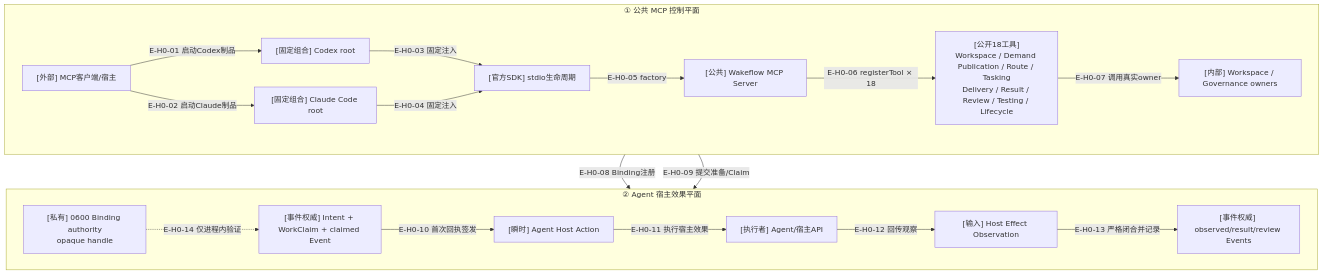
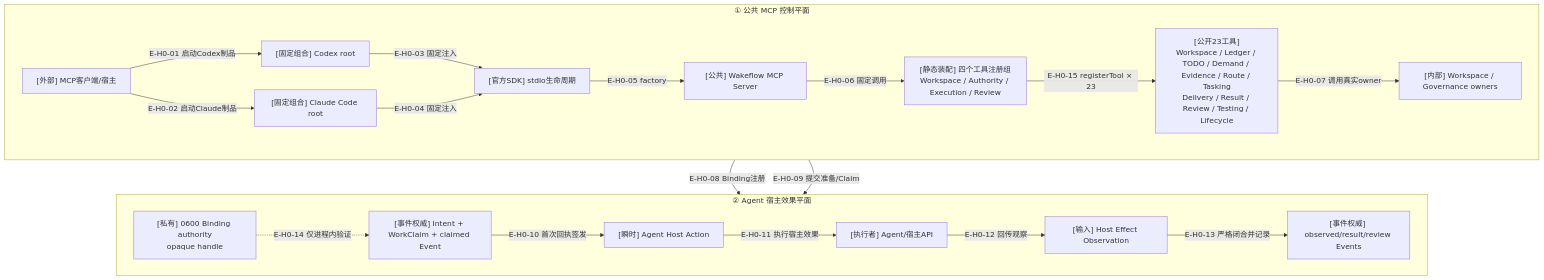
One commit to GxFn/Wakeflow changed the diagram in wakeflow-architecture-atlas/maps/09-public-mcp-host-seams/README.md. Above: the diagram before and after it, drawn with Mermaid. The commit also changed other lines of this file and 26 other files, not shown here.

Commit message:
docs: synchronize Wakeflow architecture atlas

````diff
--- a/wakeflow-architecture-atlas/maps/09-public-mcp-host-seams/README.md
+++ b/wakeflow-architecture-atlas/maps/09-public-mcp-host-seams/README.md
@@ -36,42 +42,44 @@
 ```mermaid
 flowchart TB
   accTitle: Wakeflow公共MCP控制平面与Agent宿主效果平面
-  accDescr: MCP客户端启动固定Codex或Claude组合根，官方stdio服务承载公共Server并注册十八个真实owner工具。Demand Publication只读取和写入Wakeflow本地权威，不执行宿主效果。Binding注册请求接收Agent观察到的opaque handle并只写入0600私有权威。Delivery与Testing Claim工具可在已提交Intent后签发瞬时Action，Agent执行并通过Outcome工具回传观察；Action和事件都不携带raw handle。
+  accDescr: MCP客户端启动固定Codex或Claude组合根，官方stdio服务承载公共Server并注册二十三个真实owner工具。Ledger、TODO、Demand与Managed Evidence只读写Wakeflow本地权威，不执行宿主效果；TODO Inspection不选择next，Intake不执行Auto Claim。Binding注册请求接收Agent观察到的opaque handle并只写入0600私有权威。Delivery与Testing Claim工具可签发瞬时Action，Agent执行并回传Observation。
 
   subgraph PUBLIC_PLANE["① 公共 MCP 控制平面"]
     direction LR
     CLIENT["[外部] MCP客户端/宿主"]
     CODEX["[固定组合] Codex root"]
     CLAUDE["[固定组合] Claude Code root"]
     STDIO["[官方SDK] stdio生命周期"]
     PUBLIC["[公共] Wakeflow MCP Server"]
-    TOOLS["[公开18工具]\nWorkspace / Demand Publication / Route / Tasking\nDelivery / Result / Review / Testing / Lifecycle"]
+    GROUPS["[静态装配] 四个工具注册组\nWorkspace / Authority / Execution / Review"]
+    TOOLS["[公开23工具]\nWorkspace / Ledger / TODO / Demand / Evidence / Route / Tasking\nDelivery / Result / Review / Testing / Lifecycle"]
     DOMAINS["[内部] Workspace / Governance owners"]
   end
 
   subgraph HOST_PLANE["② Agent 宿主效果平面"]
     direction LR
     PRIVATE["[私有] 0600 Binding authority\nopaque handle"]
     CLAIM["[事件权威] Intent + WorkClaim + claimed Event"]
     ACTION["[瞬时] Agent Host Action"]
     AGENT["[执行者] Agent/宿主API"]
     OBS["[输入] Host Effect Observation"]
     EVENT["[事件权威] observed/result/review Events"]
   end
 
   CLIENT -->|"E-H0-01 启动Codex制品"| CODEX
   CLIENT -->|"E-H0-02 启动Claude制品"| CLAUDE
   CODEX -->|"E-H0-03 固定注入"| STDIO
   CLAUDE -->|"E-H0-04 固定注入"| STDIO
   STDIO -->|"E-H0-05 factory"| PUBLIC
-  PUBLIC -->|"E-H0-06 registerTool × 18"| TOOLS
+  PUBLIC -->|"E-H0-06 固定调用"| GROUPS
+  GROUPS -->|"E-H0-15 registerTool × 23"| TOOLS
   TOOLS -->|"E-H0-07 调用真实owner"| DOMAINS
   TOOLS -->|"E-H0-08 Binding注册"| PRIVATE
 
   DOMAINS -->|"E-H0-09 提交准备/Claim"| CLAIM
   CLAIM -->|"E-H0-10 首次回执签发"| ACTION
   ACTION -->|"E-H0-11 执行宿主效果"| AGENT
   AGENT -->|"E-H0-12 回传观察"| OBS
   OBS -->|"E-H0-13 严格闭合并记录"| EVENT
   PRIVATE -.->|"E-H0-14 仅进程内验证"| CLAIM
 ```
````
